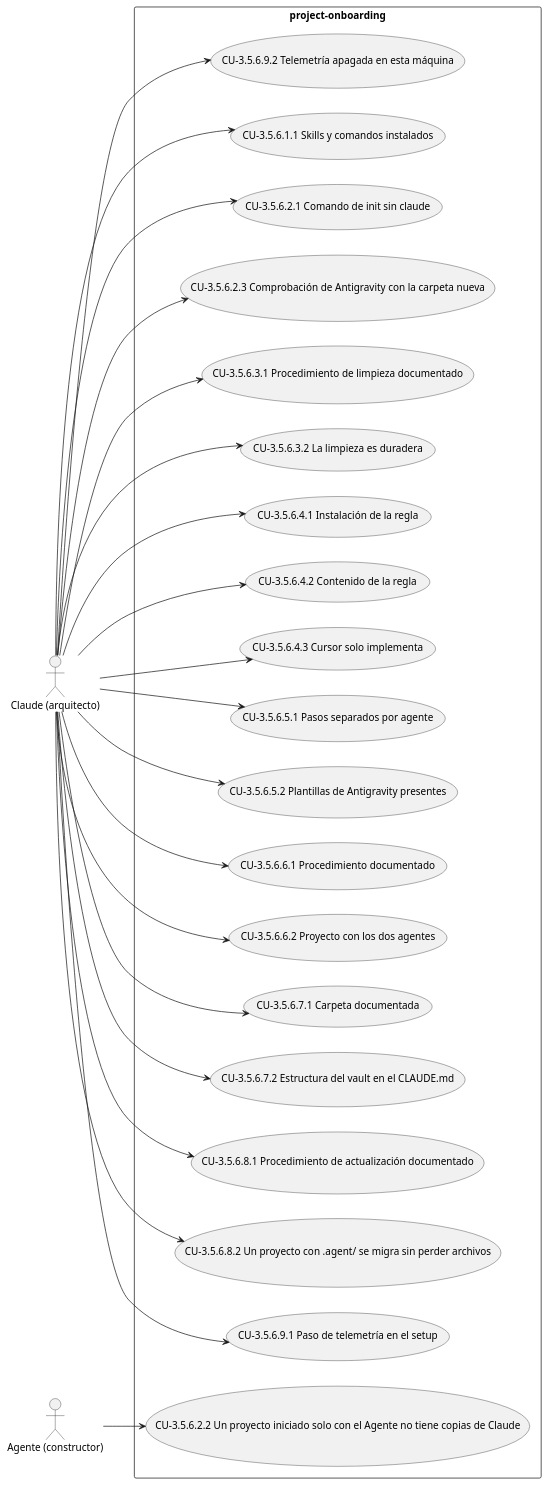
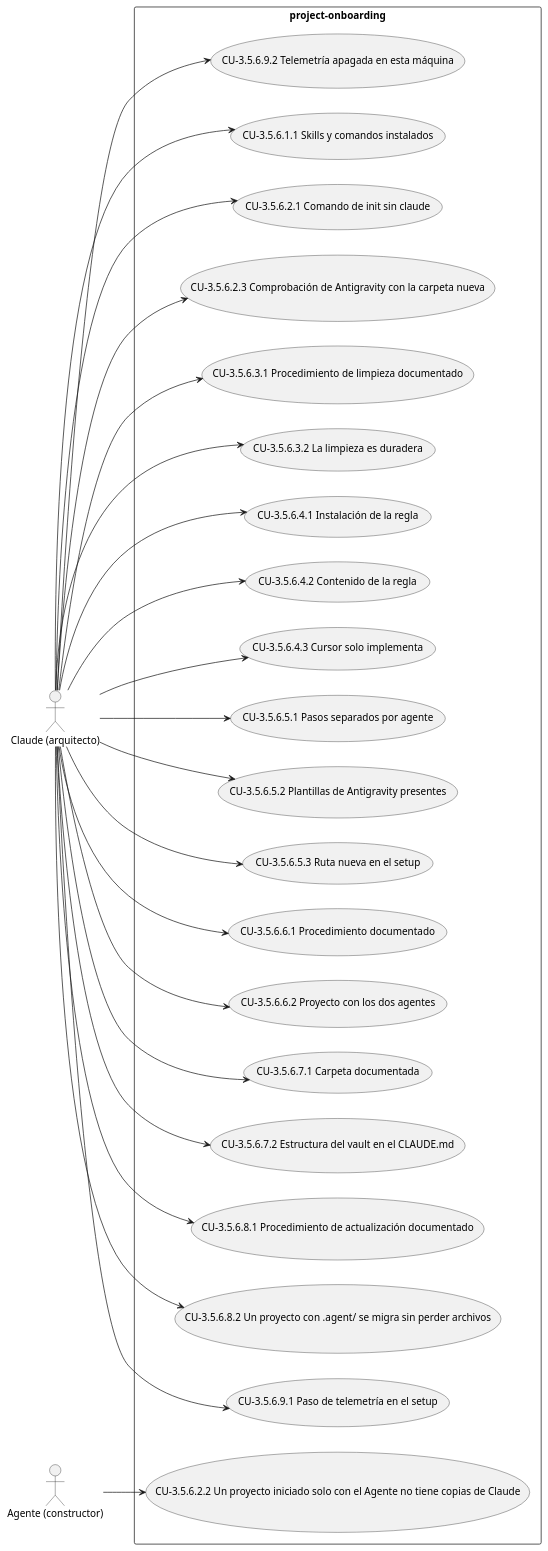
One commit to Lautaro-Montecchiani/sdd-global-config changed the sixth of 11 diagrams in docs/srs.md. Above: the diagram before and after it, drawn with PlantUML. The commit also changed other lines of this file, not shown here.

````diff
--- a/docs/srs.md
+++ b/docs/srs.md
@@ -602,47 +602,49 @@
 ```plantuml
 @startuml
 left to right direction
 actor "Claude (arquitecto)" as A1
 actor "Agente (constructor)" as A2
 rectangle "project-onboarding" {
   usecase "CU-3.5.6.1.1 Skills y comandos instalados" as UC_3_5_6_1_1
   usecase "CU-3.5.6.2.1 Comando de init sin claude" as UC_3_5_6_2_1
   usecase "CU-3.5.6.2.2 Un proyecto iniciado solo con el Agente no tiene copias de Claude" as UC_3_5_6_2_2
   usecase "CU-3.5.6.2.3 Comprobación de Antigravity con la carpeta nueva" as UC_3_5_6_2_3
   usecase "CU-3.5.6.3.1 Procedimiento de limpieza documentado" as UC_3_5_6_3_1
   usecase "CU-3.5.6.3.2 La limpieza es duradera" as UC_3_5_6_3_2
   usecase "CU-3.5.6.4.1 Instalación de la regla" as UC_3_5_6_4_1
   usecase "CU-3.5.6.4.2 Contenido de la regla" as UC_3_5_6_4_2
   usecase "CU-3.5.6.4.3 Cursor solo implementa" as UC_3_5_6_4_3
   usecase "CU-3.5.6.5.1 Pasos separados por agente" as UC_3_5_6_5_1
   usecase "CU-3.5.6.5.2 Plantillas de Antigravity presentes" as UC_3_5_6_5_2
+  usecase "CU-3.5.6.5.3 Ruta nueva en el setup" as UC_3_5_6_5_3
   usecase "CU-3.5.6.6.1 Procedimiento documentado" as UC_3_5_6_6_1
   usecase "CU-3.5.6.6.2 Proyecto con los dos agentes" as UC_3_5_6_6_2
   usecase "CU-3.5.6.7.1 Carpeta documentada" as UC_3_5_6_7_1
   usecase "CU-3.5.6.7.2 Estructura del vault en el CLAUDE.md" as UC_3_5_6_7_2
   usecase "CU-3.5.6.8.1 Procedimiento de actualización documentado" as UC_3_5_6_8_1
   usecase "CU-3.5.6.8.2 Un proyecto con .agent/ se migra sin perder archivos" as UC_3_5_6_8_2
   usecase "CU-3.5.6.9.1 Paso de telemetría en el setup" as UC_3_5_6_9_1
   usecase "CU-3.5.6.9.2 Telemetría apagada en esta máquina" as UC_3_5_6_9_2
 }
 A1 --> UC_3_5_6_1_1
 A1 --> UC_3_5_6_2_1
 A2 --> UC_3_5_6_2_2
 A1 --> UC_3_5_6_2_3
 A1 --> UC_3_5_6_3_1
 A1 --> UC_3_5_6_3_2
 A1 --> UC_3_5_6_4_1
 A1 --> UC_3_5_6_4_2
 A1 --> UC_3_5_6_4_3
 A1 --> UC_3_5_6_5_1
 A1 --> UC_3_5_6_5_2
+A1 --> UC_3_5_6_5_3
 A1 --> UC_3_5_6_6_1
 A1 --> UC_3_5_6_6_2
 A1 --> UC_3_5_6_7_1
 A1 --> UC_3_5_6_7_2
 A1 --> UC_3_5_6_8_1
 A1 --> UC_3_5_6_8_2
 A1 --> UC_3_5_6_9_1
 A1 --> UC_3_5_6_9_2
 @enduml
 ```
````
